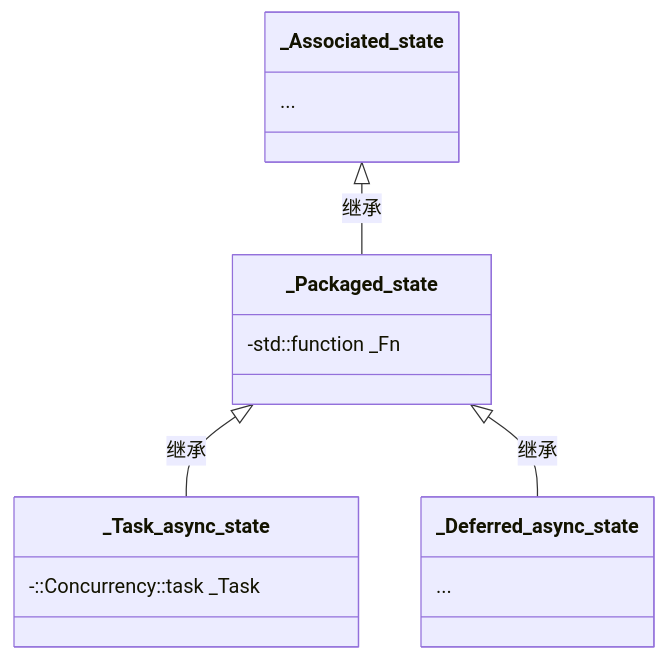
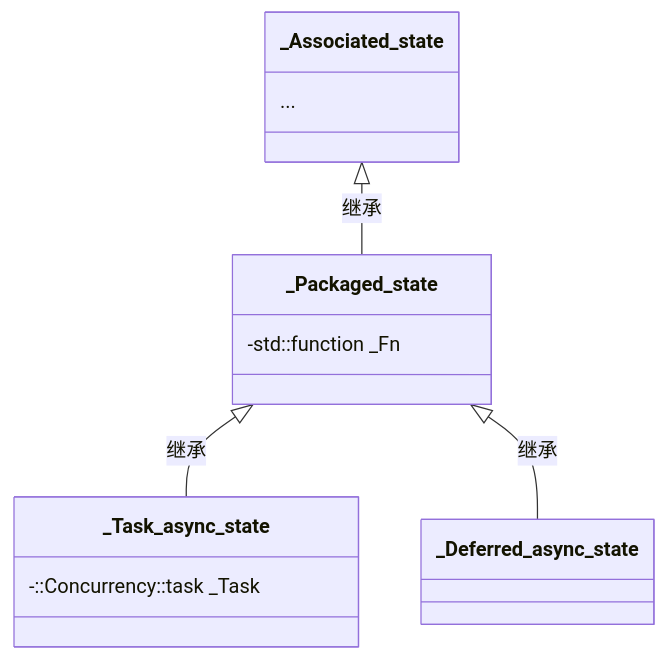
One commit to Mq-b/ModernCpp-ConcurrentProgramming-Tutorial changed the diagram in md/详细分析/03async与future源码解析.md. Above: the diagram before and after it, drawn with Mermaid.

Commit message:
处理 mermaid 渲染无法显示下划线的问题

````diff
--- a/md/详细分析/03async与future源码解析.md
+++ b/md/详细分析/03async与future源码解析.md
@@ -299,23 +299,22 @@
    ```mermaid
    classDiagram
-       class _Associated_state {
-           ...
-       }
+      class _Associated_state {
+          ...
+      }
    
-       class _Packaged_state {
-           -std::function _Fn
-       }
+      class _Packaged_state {
+          -std::function _Fn
+      }
    
-       class _Task_async_state {
-           -::Concurrency::task<void> _Task
-       }
+      class _Task_async_state {
+          -::Concurrency::task<void> _Task
+      }
    
-       class _Deferred_async_state {
-           ...
-       }
+      class _Deferred_async_state {
+      }
    
-       _Associated_state <|-- _Packaged_state : 继承
-       _Packaged_state <|-- _Task_async_state : 继承
-       _Packaged_state <|-- _Deferred_async_state : 继承
+      _Associated_state <|-- _Packaged_state : 继承
+      _Packaged_state <|-- _Task_async_state : 继承
+      _Packaged_state <|-- _Deferred_async_state : 继承
    
    ```
````
